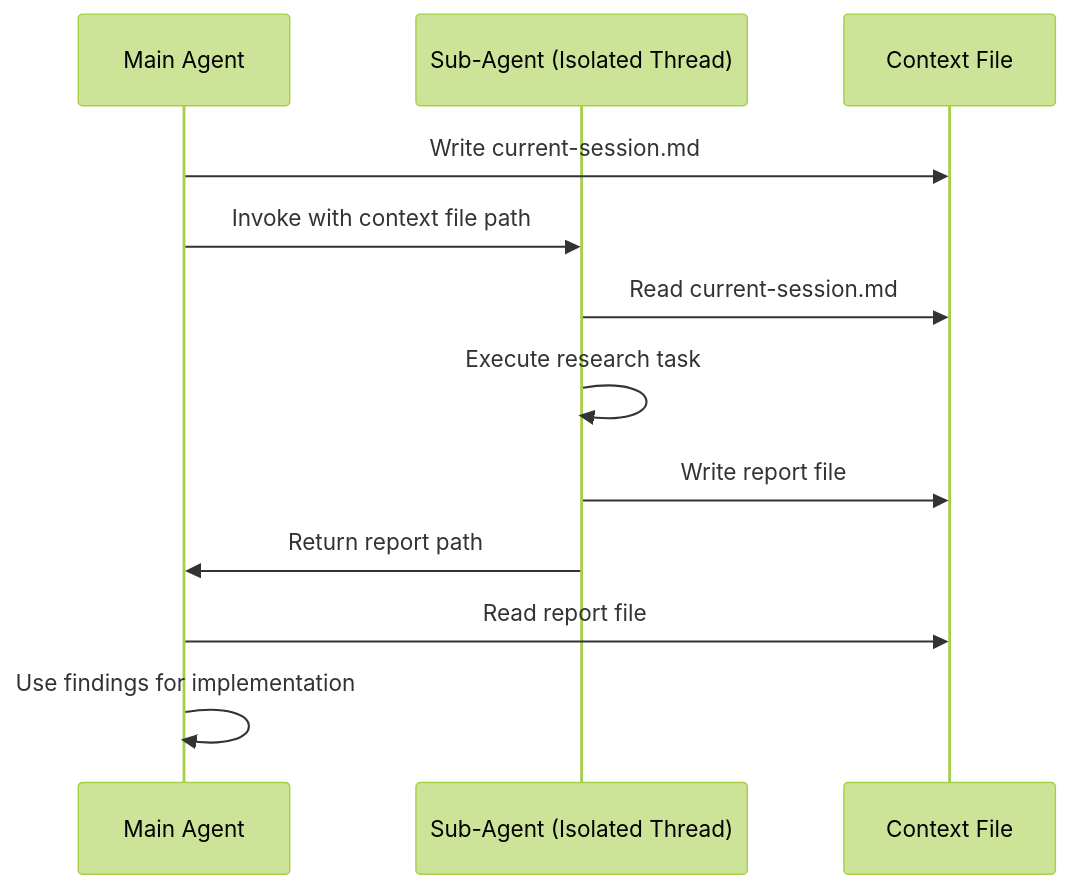
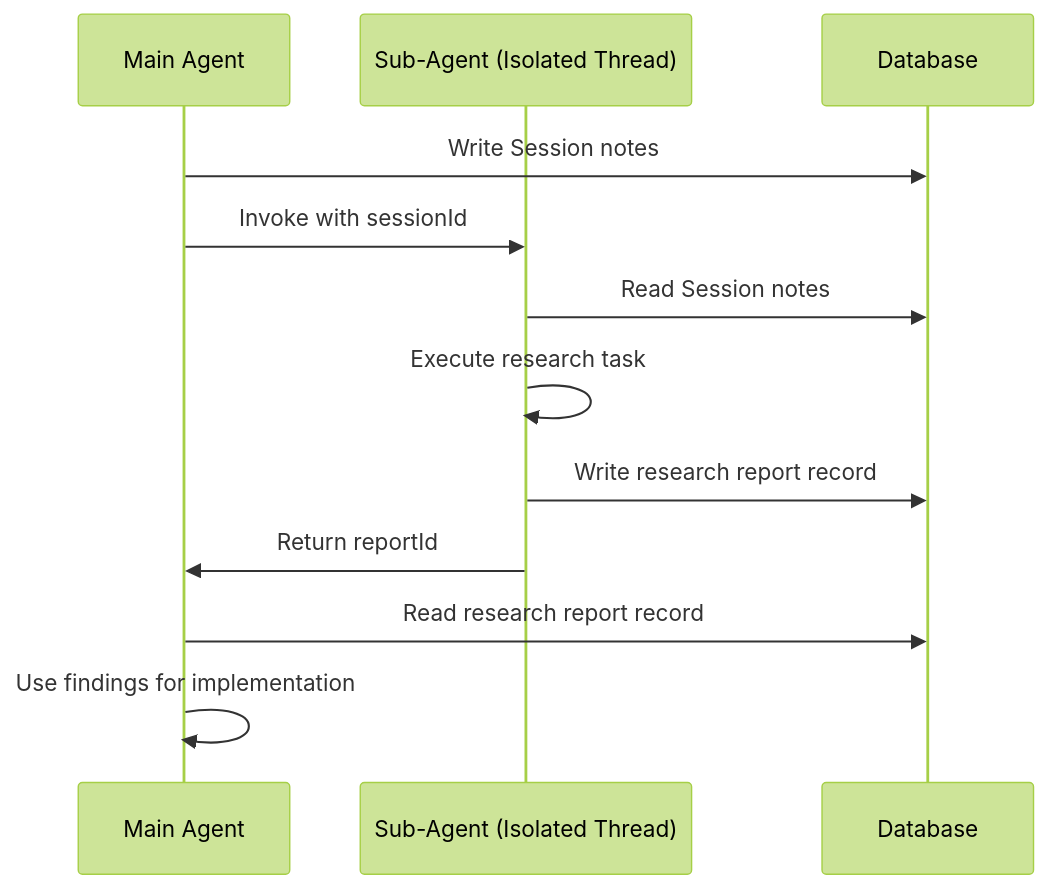
One commit to draco28/ProjectPulse changed diagram 13 of 24 in docs/03-Architecture.md. Above: the diagram before and after it, drawn with Mermaid (forest theme). The commit also changed other lines of this file and 8 other files, not shown here.

````diff
--- a/docs/03-Architecture.md
+++ b/docs/03-Architecture.md
@@ -2502,15 +2480,15 @@
 ```mermaid
 sequenceDiagram
     participant Main as Main Agent
     participant SubAgent as Sub-Agent (Isolated Thread)
-    participant Context as Context File
+    participant DB as Database
 
-    Main->>Context: Write current-session.md
-    Main->>SubAgent: Invoke with context file path
-    SubAgent->>Context: Read current-session.md
+    Main->>DB: Write Session notes
+    Main->>SubAgent: Invoke with sessionId
+    SubAgent->>DB: Read Session notes
     SubAgent->>SubAgent: Execute research task
-    SubAgent->>Context: Write report file
-    SubAgent->>Main: Return report path
-    Main->>Context: Read report file
+    SubAgent->>DB: Write research report record
+    SubAgent->>Main: Return reportId
+    Main->>DB: Read research report record
     Main->>Main: Use findings for implementation
 ```
````
